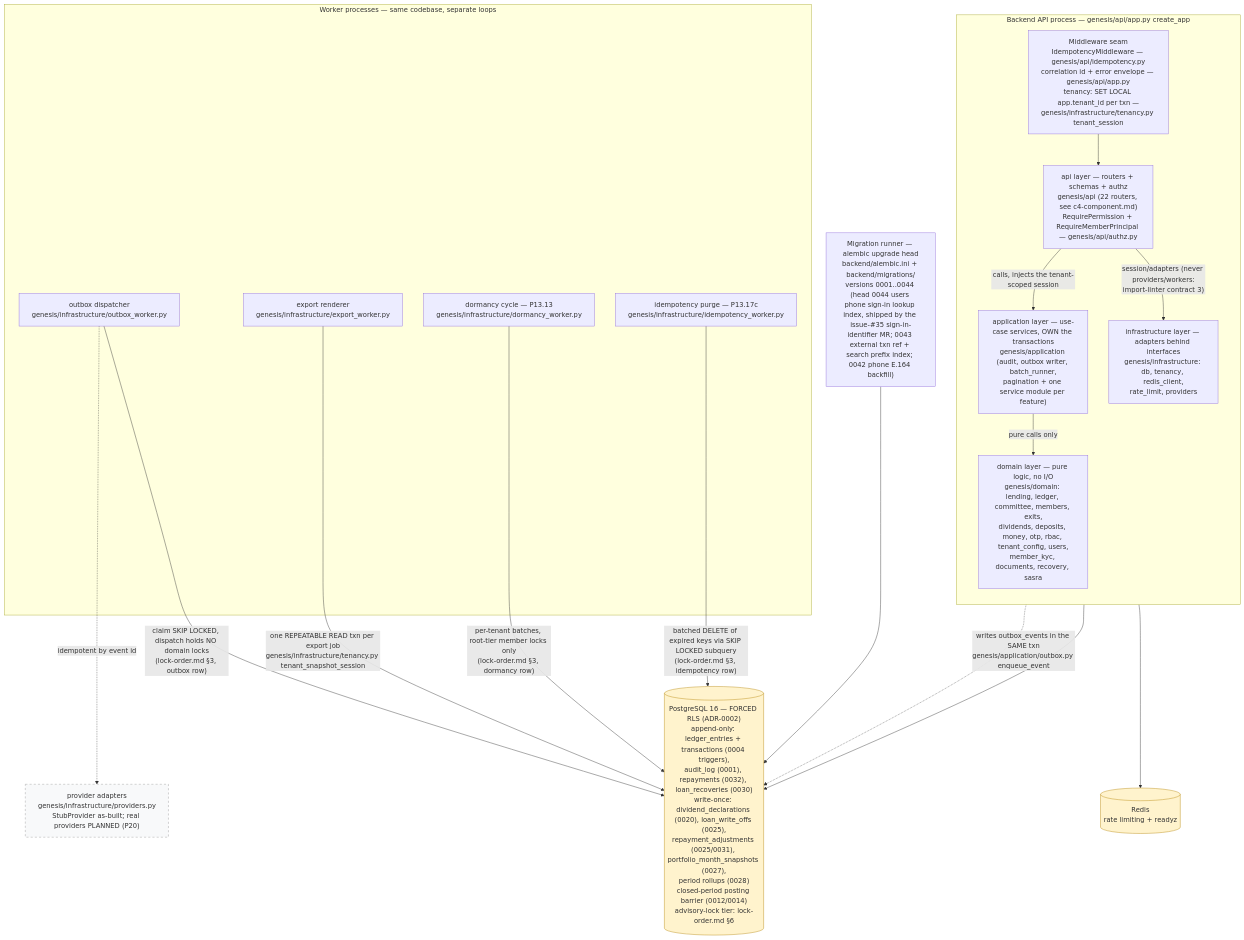
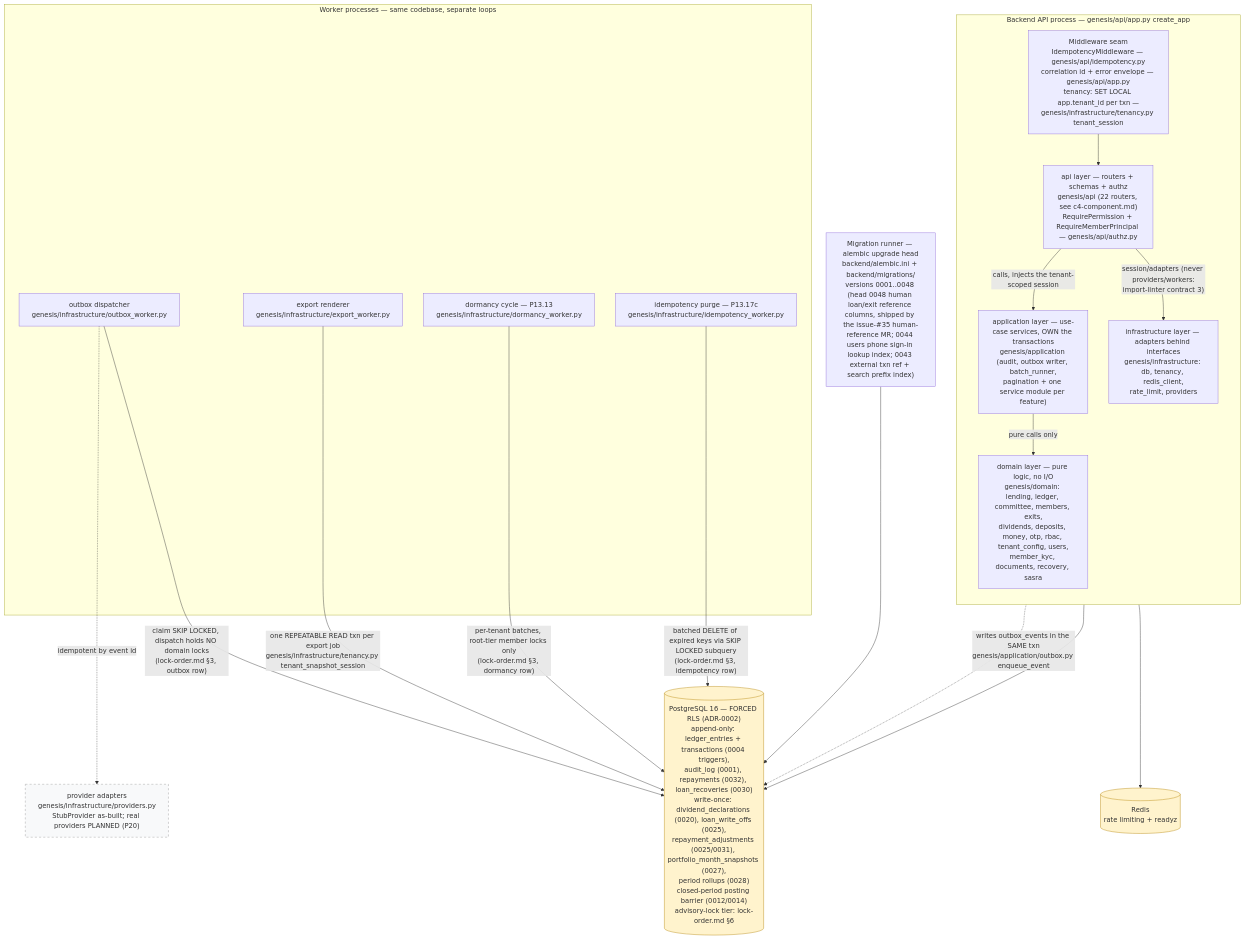
One commit to Benson-Kim/genesis-sacco-core changed the diagram in docs/diagrams/c4-container.md. Above: the diagram before and after it, drawn with Mermaid. The commit also changed other lines of this file and 4 other files, not shown here.

First line of the commit message:
test: human-ref falsifiable legs + rule-11 diagram refresh for 0048

````diff
--- a/docs/diagrams/c4-container.md
+++ b/docs/diagrams/c4-container.md
@@ -72,45 +75,45 @@
 ```mermaid
 flowchart TB
     %% Authored against main @ 08541b860f1445b16c342c39b6606d86b9dbeb17
     %% L2 containers — layering per backend/pyproject.toml [tool.importlinter].
 
     subgraph BE["Backend API process — genesis/api/app.py create_app"]
         direction TB
         MW["Middleware seam<br/>IdempotencyMiddleware — genesis/api/idempotency.py<br/>correlation id + error envelope — genesis/api/app.py<br/>tenancy: SET LOCAL app.tenant_id per txn —<br/>genesis/infrastructure/tenancy.py tenant_session"]
         APIL["api layer — routers + schemas + authz<br/>genesis/api (22 routers, see c4-component.md)<br/>RequirePermission + RequireMemberPrincipal — genesis/api/authz.py"]
         APPL["application layer — use-case services, OWN the transactions<br/>genesis/application (audit, outbox writer, batch_runner,<br/>pagination + one service module per feature)"]
         DOM["domain layer — pure logic, no I/O<br/>genesis/domain: lending, ledger, committee, members, exits,<br/>dividends, deposits, money, otp, rbac, tenant_config, users,<br/>member_kyc, documents, recovery, sasra"]
         INF["infrastructure layer — adapters behind interfaces<br/>genesis/infrastructure: db, tenancy, redis_client,<br/>rate_limit, providers"]
         MW --> APIL
         APIL -->|"calls, injects the tenant-scoped session"| APPL
         APPL -->|"pure calls only"| DOM
         APIL -->|"session/adapters (never providers/workers:<br/>import-linter contract 3)"| INF
     end
 
     subgraph WK["Worker processes — same codebase, separate loops"]
         OBW["outbox dispatcher<br/>genesis/infrastructure/outbox_worker.py"]
         EXW["export renderer<br/>genesis/infrastructure/export_worker.py"]
         DMW["dormancy cycle — P13.13<br/>genesis/infrastructure/dormancy_worker.py"]
         IDW["idempotency purge — P13.17c<br/>genesis/infrastructure/idempotency_worker.py"]
     end
 
-    MIG["Migration runner — alembic upgrade head<br/>backend/alembic.ini + backend/migrations/<br/>versions 0001..0044 (head 0044 users phone sign-in lookup index, shipped by the issue-#35 sign-in-identifier MR; 0043 external txn ref + search prefix index; 0042 phone E.164 backfill)"]
+    MIG["Migration runner — alembic upgrade head<br/>backend/alembic.ini + backend/migrations/<br/>versions 0001..0048 (head 0048 human loan/exit reference columns, shipped by the issue-#35 human-reference MR; 0044 users phone sign-in lookup index; 0043 external txn ref + search prefix index)"]
 
     PG[("PostgreSQL 16 — FORCED RLS (ADR-0002)<br/>append-only: ledger_entries + transactions (0004 triggers),<br/>audit_log (0001), repayments (0032), loan_recoveries (0030)<br/>write-once: dividend_declarations (0020), loan_write_offs (0025),<br/>repayment_adjustments (0025/0031), portfolio_month_snapshots (0027),<br/>period rollups (0028)<br/>closed-period posting barrier (0012/0014)<br/>advisory-lock tier: lock-order.md §6")]
     RD[("Redis<br/>rate limiting + readyz")]
 
     APPL -.->|"writes outbox_events in the SAME txn<br/>genesis/application/outbox.py enqueue_event"| PG
     INF --> PG
     INF --> RD
     OBW -->|"claim SKIP LOCKED, dispatch holds NO domain locks<br/>(lock-order.md §3, outbox row)"| PG
     EXW -->|"one REPEATABLE READ txn per export job<br/>genesis/infrastructure/tenancy.py tenant_snapshot_session"| PG
     DMW -->|"per-tenant batches, root-tier member locks only<br/>(lock-order.md §3, dormancy row)"| PG
     IDW -->|"batched DELETE of expired keys via SKIP LOCKED subquery<br/>(lock-order.md §3, idempotency row)"| PG
     OBW -.->|"idempotent by event id"| PROV["provider adapters<br/>genesis/infrastructure/providers.py<br/>StubProvider as-built; real providers PLANNED (P20)"]
     MIG --> PG
 
     classDef store fill:#fff3cd,stroke:#b8860b;
     class PG,RD store;
     classDef planned fill:#f8f9fa,stroke:#999,stroke-dasharray: 5 5;
     class PROV planned;
 ```
````
